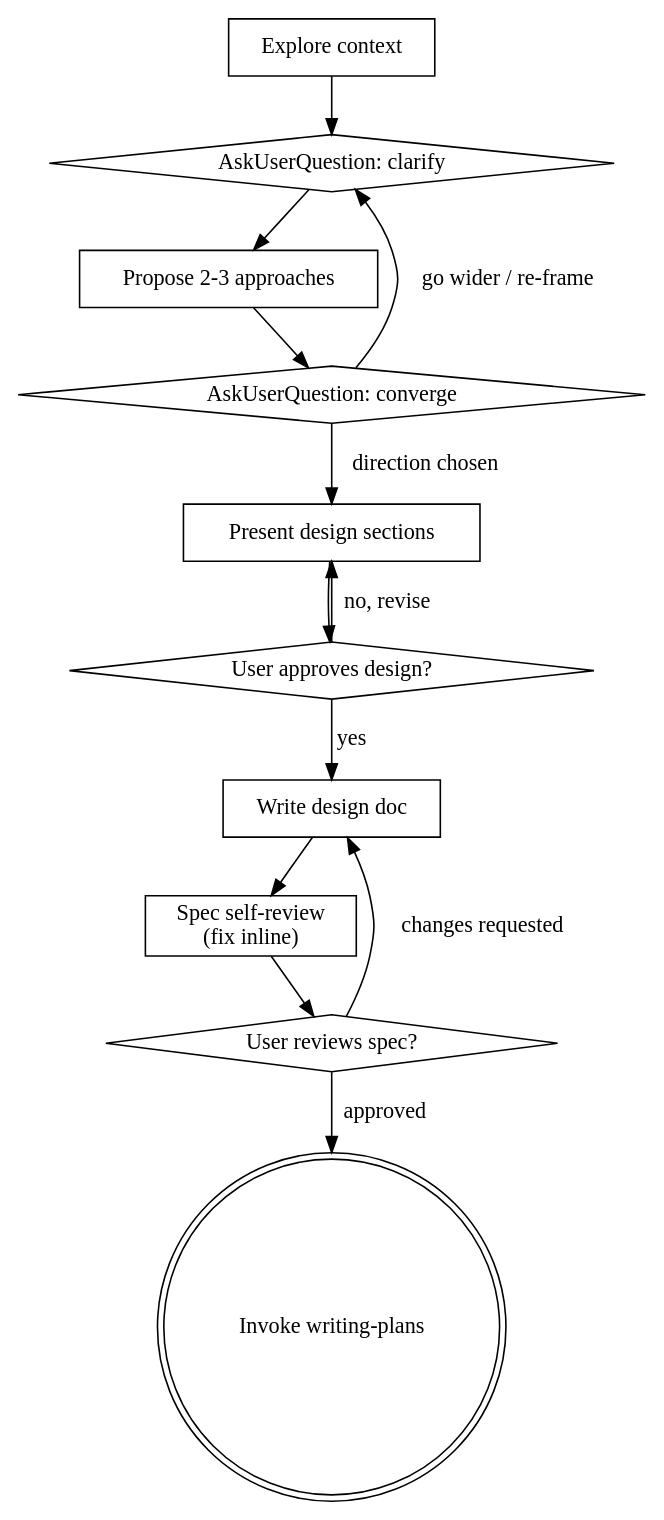
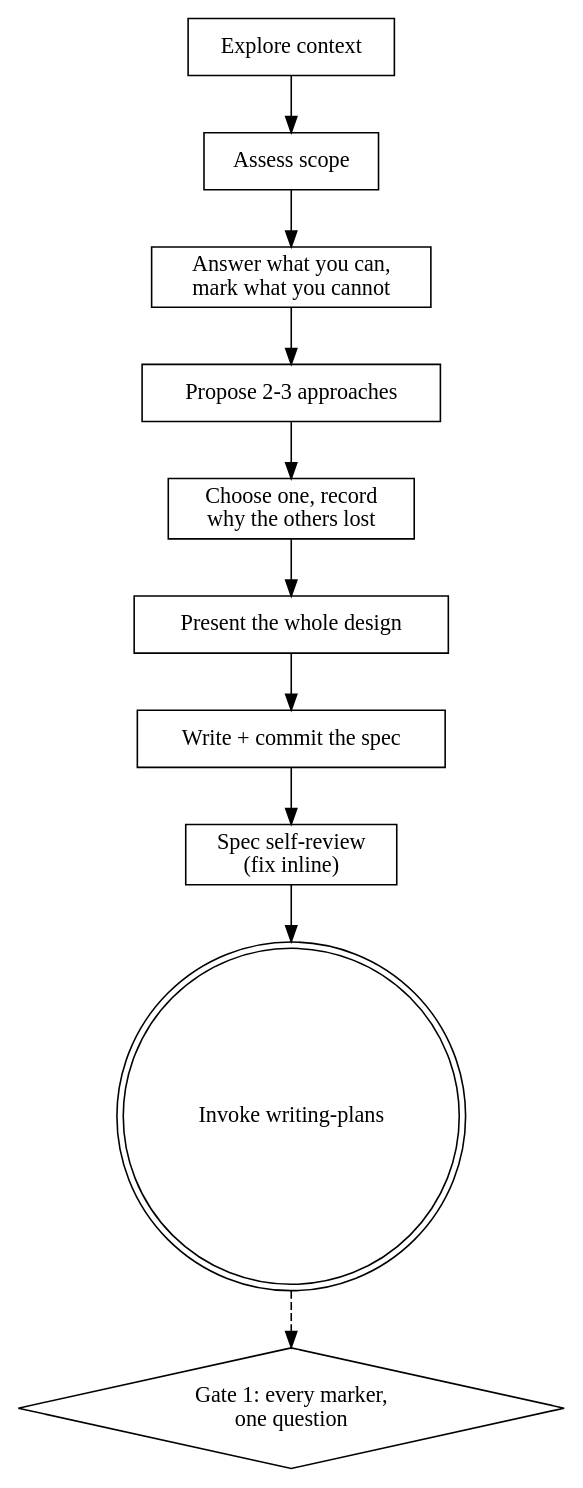
Before and after one commit to vikasvijigiri/capability-layer: the diagram in .claude/skills/brainstormer/SKILL.md, drawn with Graphviz. The commit also changed other lines of this file and 4 other files, not shown here.

````diff
--- a/.claude/skills/brainstormer/SKILL.md
+++ b/.claude/skills/brainstormer/SKILL.md
@@ -124,27 +156,24 @@
 ```dot
 digraph brainstorming {
     "Explore context" [shape=box];
-    "AskUserQuestion: clarify" [shape=diamond];
+    "Assess scope" [shape=box];
+    "Answer what you can,\nmark what you cannot" [shape=box];
     "Propose 2-3 approaches" [shape=box];
-    "AskUserQuestion: converge" [shape=diamond];
-    "Present design sections" [shape=box];
-    "User approves design?" [shape=diamond];
-    "Write design doc" [shape=box];
+    "Choose one, record\nwhy the others lost" [shape=box];
+    "Present the whole design" [shape=box];
+    "Write + commit the spec" [shape=box];
     "Spec self-review\n(fix inline)" [shape=box];
-    "User reviews spec?" [shape=diamond];
     "Invoke writing-plans" [shape=doublecircle];
+    "Gate 1: every marker,\none question" [shape=diamond];
 
-    "Explore context" -> "AskUserQuestion: clarify";
-    "AskUserQuestion: clarify" -> "Propose 2-3 approaches";
-    "Propose 2-3 approaches" -> "AskUserQuestion: converge";
-    "AskUserQuestion: converge" -> "AskUserQuestion: clarify" [label="go wider / re-frame"];
-    "AskUserQuestion: converge" -> "Present design sections" [label="direction chosen"];
-    "Present design sections" -> "User approves design?";
-    "User approves design?" -> "Present design sections" [label="no, revise"];
-    "User approves design?" -> "Write design doc" [label="yes"];
-    "Write design doc" -> "Spec self-review\n(fix inline)";
-    "Spec self-review\n(fix inline)" -> "User reviews spec?";
-    "User reviews spec?" -> "Write design doc" [label="changes requested"];
-    "User reviews spec?" -> "Invoke writing-plans" [label="approved"];
+    "Explore context" -> "Assess scope";
+    "Assess scope" -> "Answer what you can,\nmark what you cannot";
+    "Answer what you can,\nmark what you cannot" -> "Propose 2-3 approaches";
+    "Propose 2-3 approaches" -> "Choose one, record\nwhy the others lost";
+    "Choose one, record\nwhy the others lost" -> "Present the whole design";
+    "Present the whole design" -> "Write + commit the spec";
+    "Write + commit the spec" -> "Spec self-review\n(fix inline)";
+    "Spec self-review\n(fix inline)" -> "Invoke writing-plans";
+    "Invoke writing-plans" -> "Gate 1: every marker,\none question" [style=dashed];
 }
 ```
````
